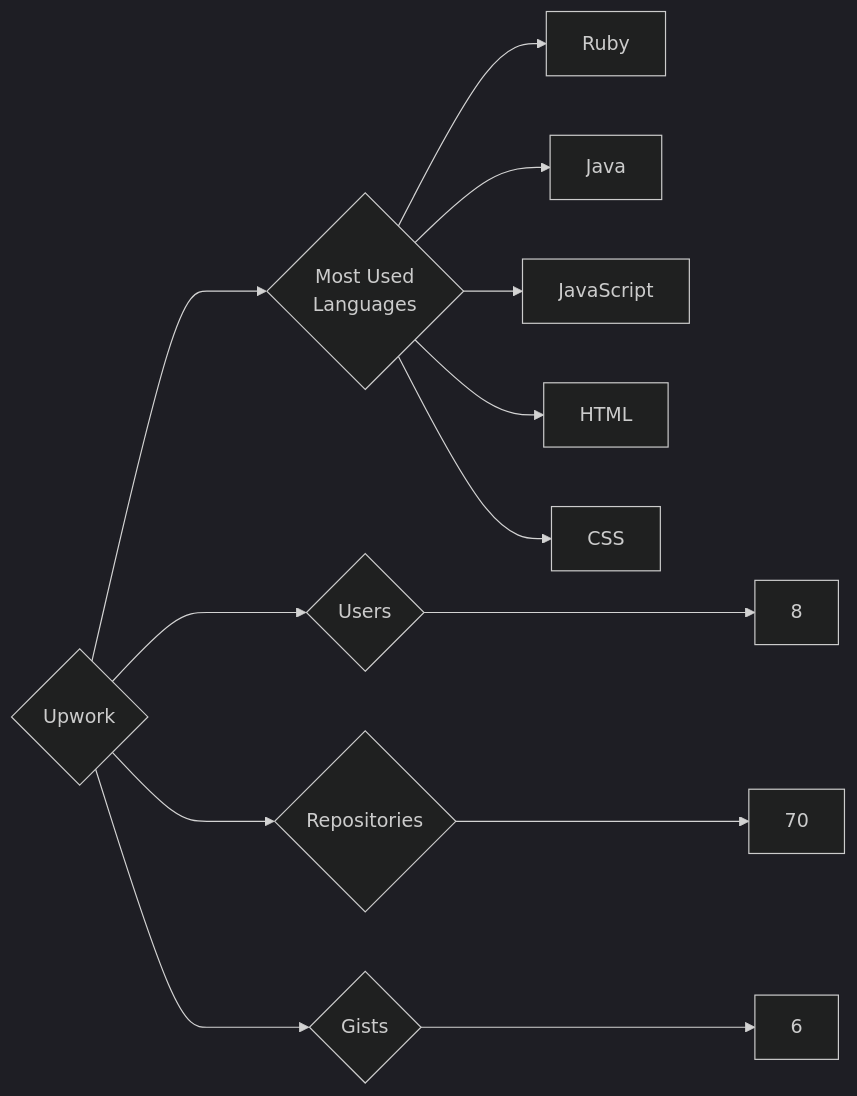
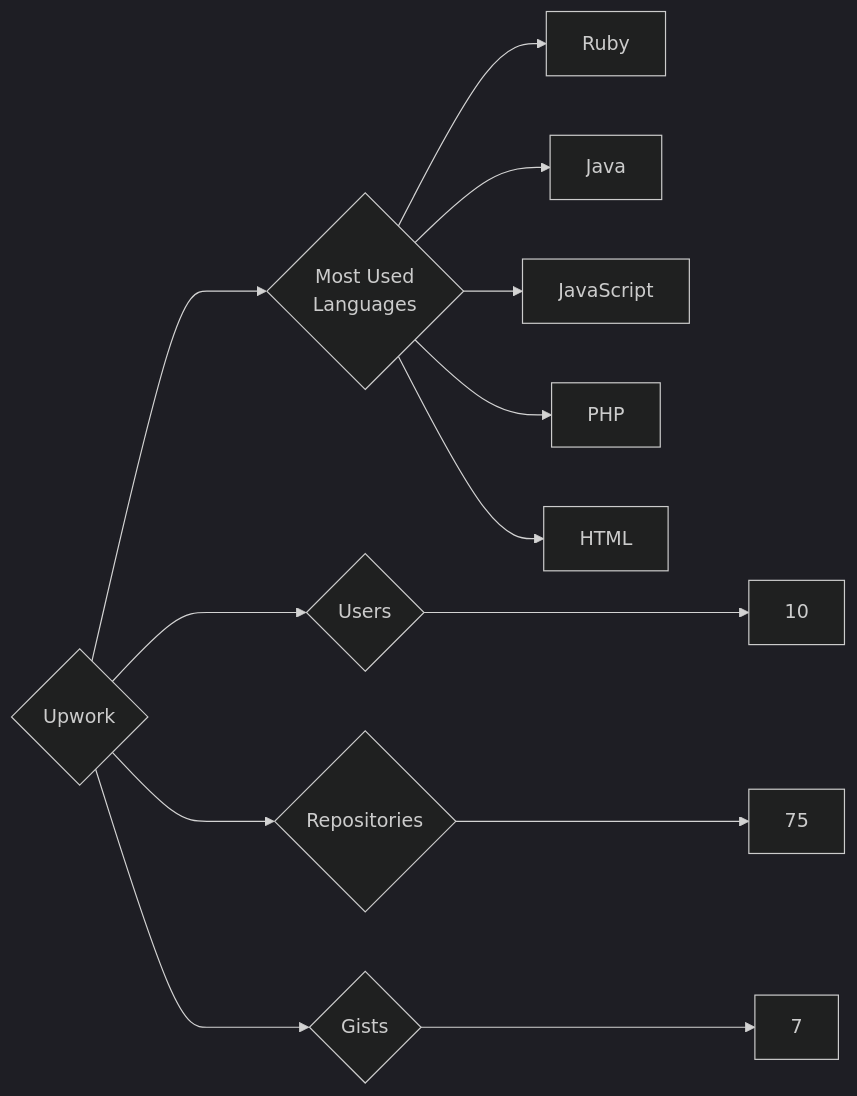
One commit to trickest/insiders changed the diagram in targets/Upwork/README.md. Above: the diagram before and after it, drawn with Mermaid (dark theme). The commit also changed 1479 other files, not shown here.

````diff
--- a/targets/Upwork/README.md
+++ b/targets/Upwork/README.md
@@ -3,13 +3,13 @@
 ```mermaid
 graph LR
 COMPANY_NAME{Upwork}
-COMPANY_NAME ---> U{Users} ---> UN[8]
-COMPANY_NAME ---> R{Repositories} ---> RN[70]
-COMPANY_NAME ---> G{Gists} ---> GN[6]
+COMPANY_NAME ---> U{Users} ---> UN[10]
+COMPANY_NAME ---> R{Repositories} ---> RN[75]
+COMPANY_NAME ---> G{Gists} ---> GN[7]
 COMPANY_NAME ---> ML{Most Used<br>Languages}
 ML --> Ruby[Ruby]
 ML --> Java[Java]
 ML --> JavaScript[JavaScript]
+ML --> PHP[PHP]
 ML --> HTML[HTML]
-ML --> CSS[CSS]
 ```
````
